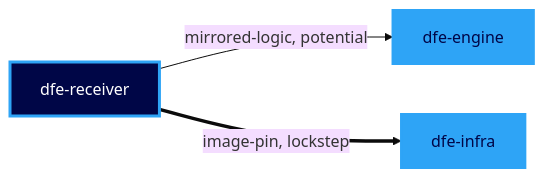
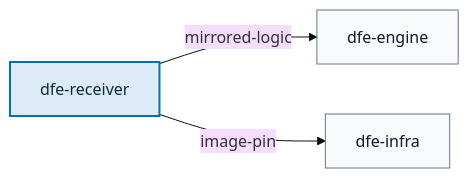
Diagram 14 of 19 in docs/suite-graph.md (hyperi-io/dfe-infra), drawn with Mermaid (base theme) before and after one commit. The commit also changed other lines of this file and 5 other files, not shown here.

First line of the commit message:
fix(suite-graph): draw the suite diagrams to the diagram standard

````diff
--- a/docs/suite-graph.md
+++ b/docs/suite-graph.md
@@ -306,10 +437,16 @@
 ```mermaid
 flowchart LR
-  dfe_receiver["dfe-receiver"]:::producer
-  dfe_engine["dfe-engine"]:::suite
-  dfe_receiver -->|mirrored-logic, potential| dfe_engine
-  dfe_infra["dfe-infra"]:::suite
-  dfe_receiver ==>|image-pin, lockstep| dfe_infra
-  classDef suite fill:#2EA4F6,stroke:#2EA4F6,stroke-width:2px,color:#000647
-  classDef producer fill:#000647,stroke:#2EA4F6,stroke-width:3px,color:#FFFFFF
+    accTitle: L4 Detail -- dfe-receiver build cycle
+    accDescr: A dfe-receiver release puts 2 consumers in motion. dfe-engine takes mirrored-logic. dfe-infra takes image-pin.
+
+    dfe_receiver["dfe-receiver"]
+    dfe_engine["dfe-engine"]
+    dfe_infra["dfe-infra"]
+
+    dfe_receiver -->|mirrored-logic| dfe_engine
+    dfe_receiver -->|image-pin| dfe_infra
+
+    classDef default fill:#F8FAFC,stroke:#64748B,stroke-width:1px,color:#0F172A
+    classDef core fill:#DCEBF7,stroke:#0072B2,stroke-width:2px,color:#0B2A3F
+    class dfe_receiver core
 ```
````
